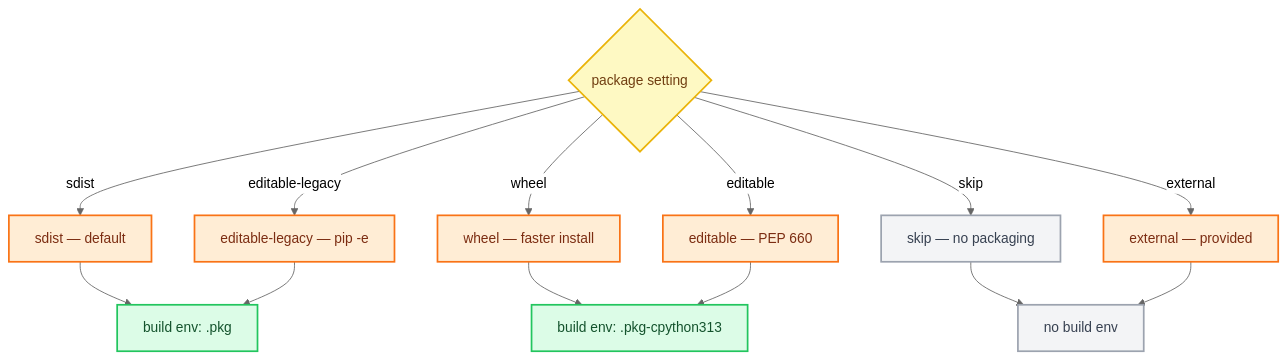
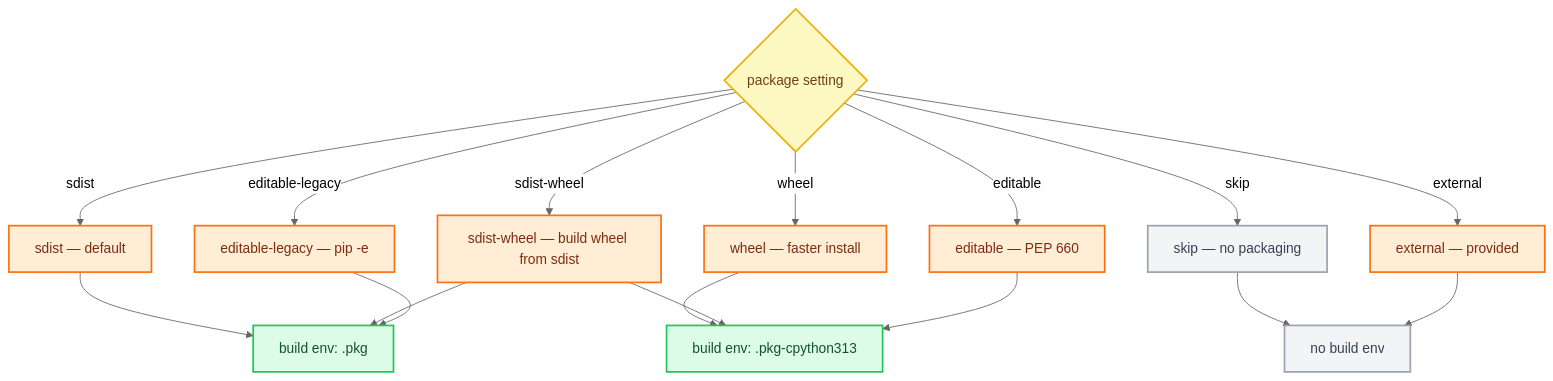
Before and after one commit to tox-dev/tox: the second of 3 diagrams in docs/explanation.rst, drawn with Mermaid (neutral theme). The commit also changed other lines of this file and 7 other files, not shown here.

Commit message:
add package=sdist-wheel package type

```diff
--- a/docs/explanation.rst
+++ b/docs/explanation.rst
@@ -200,27 +200,30 @@
 .. mermaid::
 
     flowchart TD
         pkg{package setting}
         pkg -- sdist --> sdist[sdist — default]
         pkg -- wheel --> wheel[wheel — faster install]
+        pkg -- sdist-wheel --> sdistwheel[sdist-wheel — build wheel from sdist]
         pkg -- editable --> editable[editable — PEP 660]
         pkg -- editable-legacy --> legacy[editable-legacy — pip -e]
         pkg -- skip --> skip[skip — no packaging]
         pkg -- external --> external[external — provided]
 
         sdist --> env_pkg[build env: .pkg]
         wheel --> env_wheel[build env: .pkg-cpython313]
+        sdistwheel --> env_pkg
+        sdistwheel --> env_wheel
         editable --> env_wheel
         legacy --> env_pkg
         skip --> no_env[no build env]
         external --> no_env
 
         classDef decisionStyle fill:#fef9c3,stroke:#eab308,stroke-width:2px,color:#713f12
         classDef pkgStyle fill:#ffedd5,stroke:#f97316,stroke-width:2px,color:#7c2d12
         classDef envStyle fill:#dcfce7,stroke:#22c55e,stroke-width:2px,color:#14532d
         classDef skipStyle fill:#f3f4f6,stroke:#9ca3af,stroke-width:2px,color:#374151
 
         class pkg decisionStyle
-        class sdist,wheel,editable,legacy,external pkgStyle
+        class sdist,wheel,sdistwheel,editable,legacy,external pkgStyle
         class env_pkg,env_wheel envStyle
         class skip,no_env skipStyle
```
